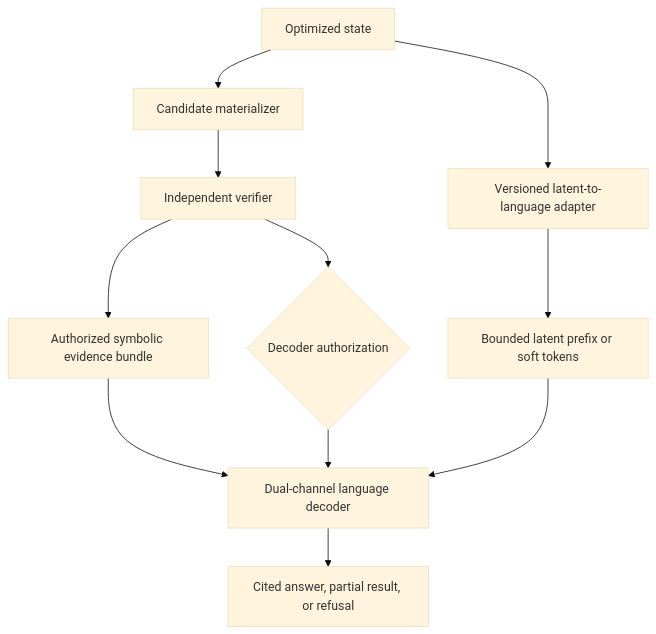
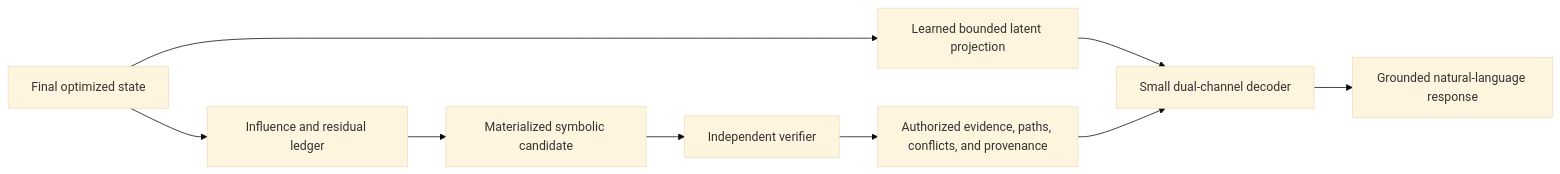
Before and after one commit to rishi-ie/LTM: the fourth of 6 diagrams in docs/architecture.md, drawn with Mermaid (base theme). The commit also changed other lines of this file and 84 other files, not shown here.

````diff
--- a/docs/architecture.md
+++ b/docs/architecture.md
@@ -1443,13 +836,14 @@
 ```mermaid
-flowchart TD
-    A["Optimized state"] --> B["Candidate materializer"]
-    A --> C["Versioned latent-to-language adapter"]
-    B --> D["Independent verifier"]
-    D --> E["Authorized symbolic evidence bundle"]
-    D --> F{"Decoder authorization"}
-    C --> G["Bounded latent prefix or soft tokens"]
-    E --> H["Dual-channel language decoder"]
-    G --> H
-    F --> H
-    H --> I["Cited answer, partial result, or refusal"]
+flowchart LR
+    A["Final optimized state"]
+    B["Learned bounded latent projection"]
+    C["Influence and residual ledger"]
+    D["Materialized symbolic candidate"]
+    E["Independent verifier"]
+    F["Authorized evidence, paths, conflicts, and provenance"]
+    G["Small dual-channel decoder"]
+    H["Grounded natural-language response"]
+
+    A --> B --> G
+    A --> C --> D --> E --> F --> G --> H
 ```
````
